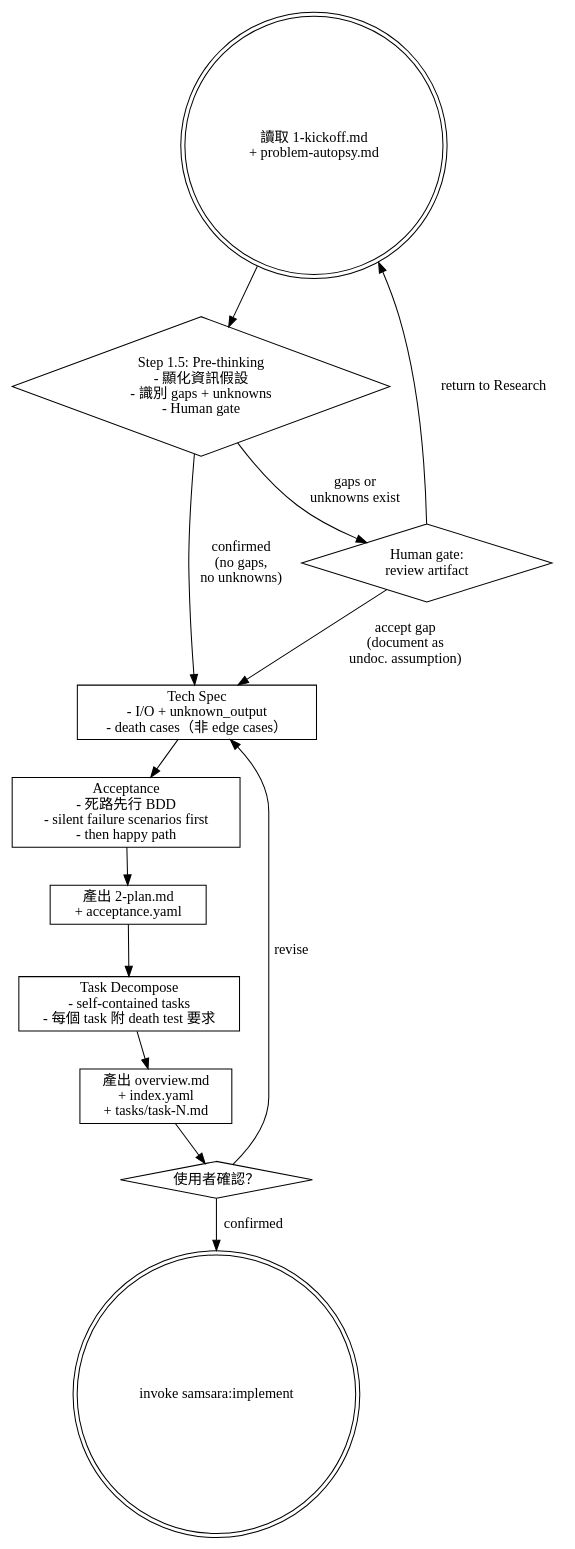
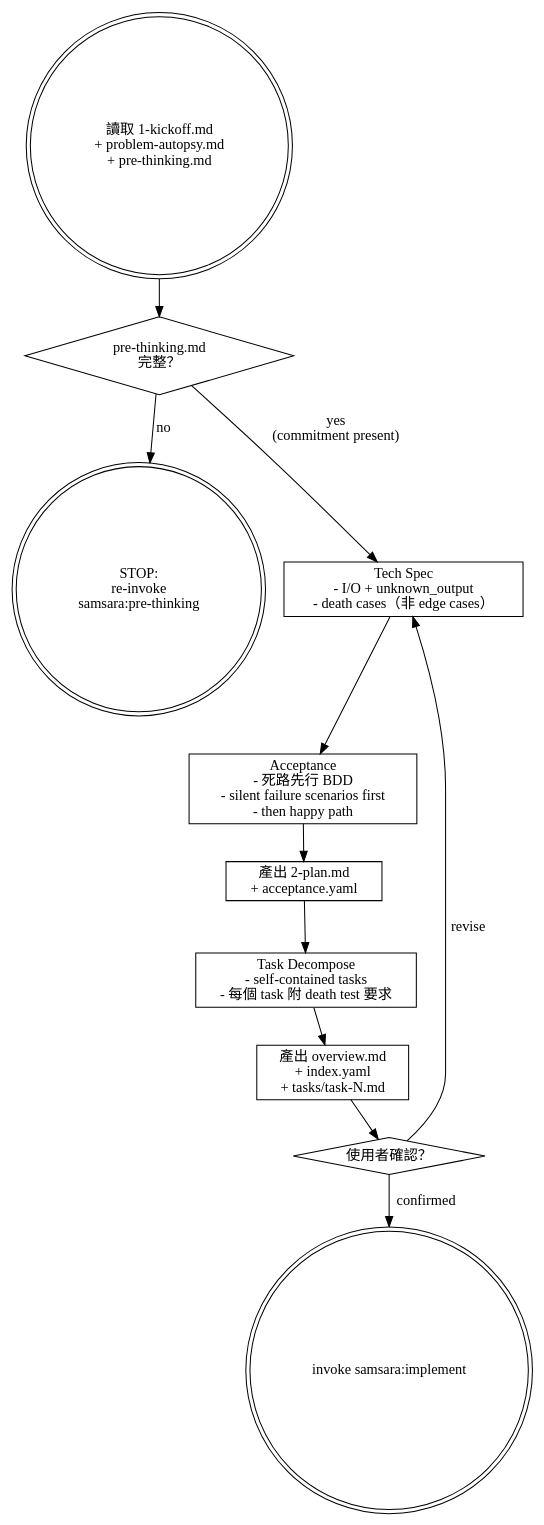
Before and after one commit to roymondliao/samsara: the diagram in skills/planning/SKILL.md, drawn with Graphviz. The commit also changed other lines of this file and 25 other files, not shown here.

First line of the commit message:
feat(skills): extract samsara:pre-thinking as independent chain skill

````diff
--- a/skills/planning/SKILL.md
+++ b/skills/planning/SKILL.md
@@ -20,29 +23,27 @@
 ```dot
 digraph planning {
     node [shape=box];
 
-    start [label="讀取 1-kickoff.md\n+ problem-autopsy.md" shape=doublecircle];
-    prethink [label="Step 1.5: Pre-thinking\n- 顯化資訊假設\n- 識別 gaps + unknowns\n- Human gate" shape=diamond];
+    start [label="讀取 1-kickoff.md\n+ problem-autopsy.md\n+ pre-thinking.md" shape=doublecircle];
+    guard [label="pre-thinking.md\n完整？" shape=diamond];
+    blocked [label="STOP:\nre-invoke\nsamsara:pre-thinking" shape=doublecircle];
     spec [label="Tech Spec\n- I/O + unknown_output\n- death cases（非 edge cases）"];
     acceptance [label="Acceptance\n- 死路先行 BDD\n- silent failure scenarios first\n- then happy path"];
     plan [label="產出 2-plan.md\n+ acceptance.yaml"];
     decompose [label="Task Decompose\n- self-contained tasks\n- 每個 task 附 death test 要求"];
     output [label="產出 overview.md\n+ index.yaml\n+ tasks/task-N.md"];
     gate [label="使用者確認？" shape=diamond];
     next [label="invoke samsara:implement" shape=doublecircle];
 
-    start -> prethink;
-    prethink -> spec [label="confirmed\n(no gaps,\nno unknowns)"];
-    prethink -> human_pt [label="gaps or\nunknowns exist"];
-    human_pt [label="Human gate:\nreview artifact" shape=diamond];
-    human_pt -> start [label="return to Research"];
-    human_pt -> spec [label="accept gap\n(document as\nundoc. assumption)"];
+    start -> guard;
+    guard -> spec [label="yes\n(commitment present)"];
+    guard -> blocked [label="no"];
     spec -> acceptance;
     acceptance -> plan;
     plan -> decompose;
     decompose -> output;
     output -> gate;
     gate -> next [label="confirmed"];
     gate -> spec [label="revise"];
 }
 ```
````
